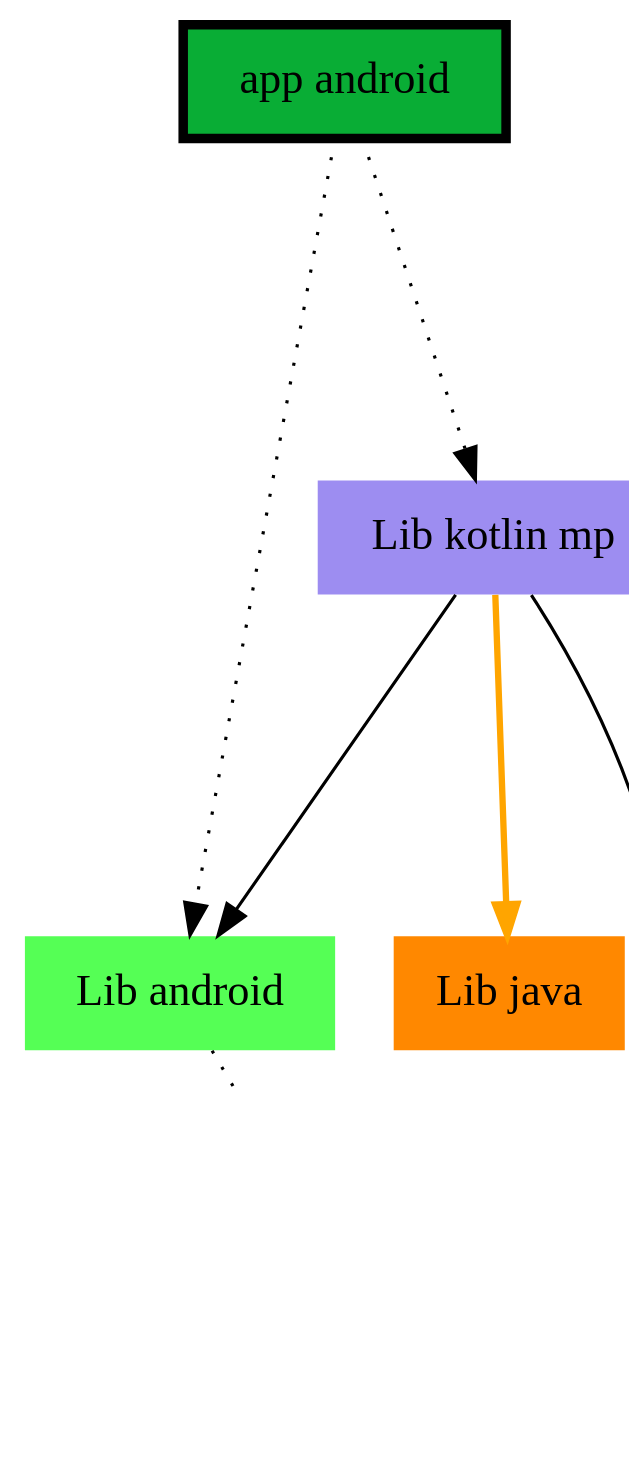
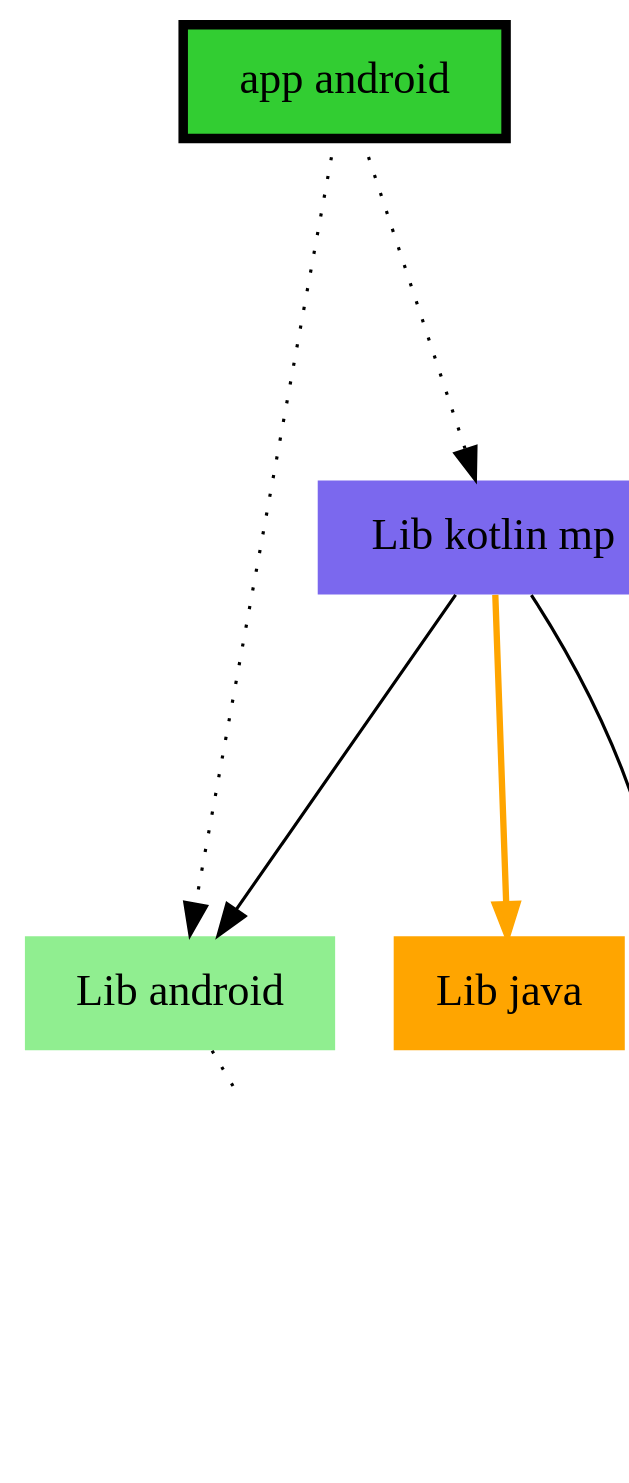
The diagram in sample/sample-app-android/charts/charts.dot (jonapoul/atlas), drawn with Graphviz before and after one commit. The commit also changed 25 other files, not shown here.

```diff
--- a/sample/sample-app-android/charts/charts.dot
+++ b/sample/sample-app-android/charts/charts.dot
@@ -1,16 +1,16 @@
 digraph {
   edge ["arrowhead"="normal","arrowtail"="none"]
   graph ["dpi"="100","fontsize"="30","layout"="dot","ranksep"="1.5","rankdir"="TB"]
   node ["style"="filled"]
-  "Lib android" ["fillcolor"="#55FF55","shape"="none"]
-  "Lib java" ["fillcolor"="#FF8800","shape"="none"]
-  "Lib kotlin jvm" ["fillcolor"="#CA66FF","shape"="none"]
-  "Lib kotlin mp" ["fillcolor"="#9D8DF1","shape"="none"]
-  "app android" ["fillcolor"="#09AD35","penwidth"="3","shape"="box"]
+  "Lib android" ["fillcolor"="lightgreen","shape"="none"]
+  "Lib java" ["fillcolor"="orange","shape"="none"]
+  "Lib kotlin jvm" ["fillcolor"="mediumorchid","shape"="none"]
+  "Lib kotlin mp" ["fillcolor"="mediumslateblue","shape"="none"]
+  "app android" ["fillcolor"="limegreen","penwidth"="3","shape"="box"]
   "Lib android" -> "Lib kotlin jvm" ["style"="dotted"]
   "Lib kotlin mp" -> "Lib android" ["style"="solid"]
   "Lib kotlin mp" -> "Lib java" ["style"="bold","color"="orange"]
   "Lib kotlin mp" -> "Lib kotlin jvm" ["style"="solid"]
   "app android" -> "Lib android" ["style"="dotted"]
   "app android" -> "Lib kotlin mp" ["style"="dotted"]
 }
```
